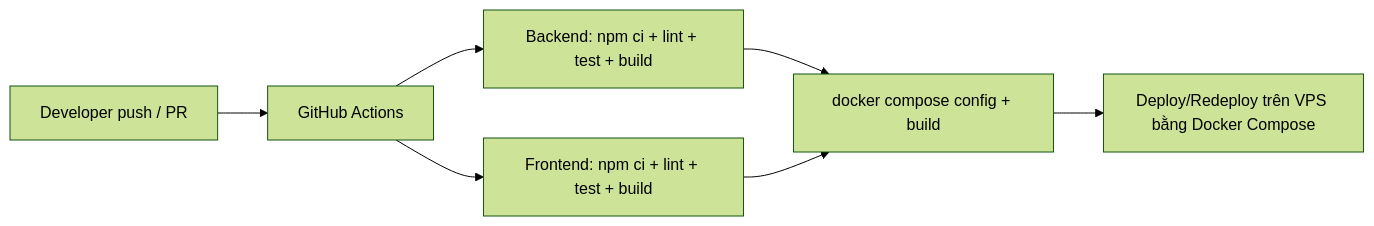
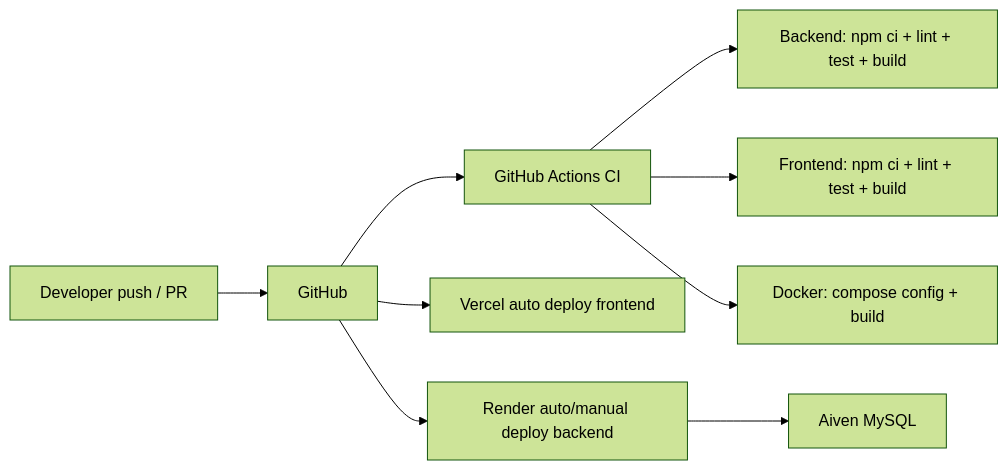
One commit to dpt004/DevOps changed the second of 2 diagrams in docs/deployment.md. Above: the diagram before and after it, drawn with Mermaid (forest theme). The commit also changed other lines of this file and 5 other files, not shown here.

````diff
--- a/docs/deployment.md
+++ b/docs/deployment.md
@@ -183,9 +213,11 @@
 ```mermaid
 flowchart LR
-  Dev["Developer push / PR"] --> GitHub["GitHub Actions"]
-  GitHub --> Backend["Backend: npm ci + lint + test + build"]
-  GitHub --> Frontend["Frontend: npm ci + lint + test + build"]
-  Backend --> Docker["docker compose config + build"]
-  Frontend --> Docker
-  Docker --> Deploy["Deploy/Redeploy trên VPS bằng Docker Compose"]
+  Dev["Developer push / PR"] --> GitHub["GitHub"]
+  GitHub --> Actions["GitHub Actions CI"]
+  Actions --> BackendCI["Backend: npm ci + lint + test + build"]
+  Actions --> FrontendCI["Frontend: npm ci + lint + test + build"]
+  Actions --> DockerCI["Docker: compose config + build"]
+  GitHub --> Vercel["Vercel auto deploy frontend"]
+  GitHub --> Render["Render auto/manual deploy backend"]
+  Render --> Aiven["Aiven MySQL"]
 ```
````
